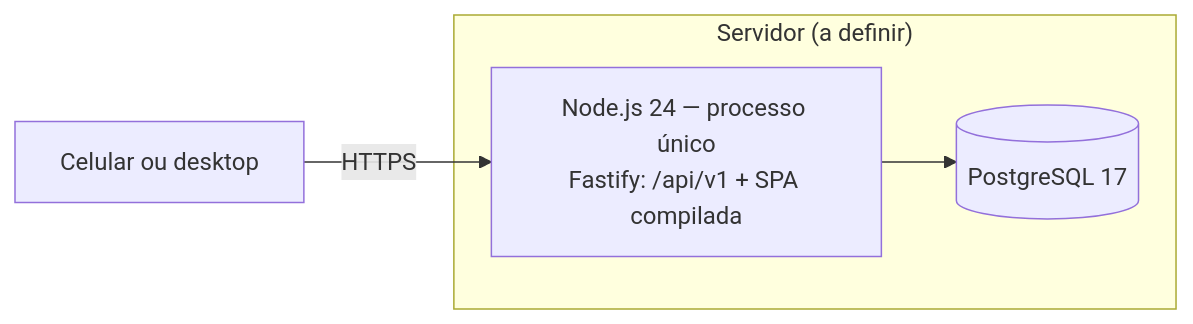
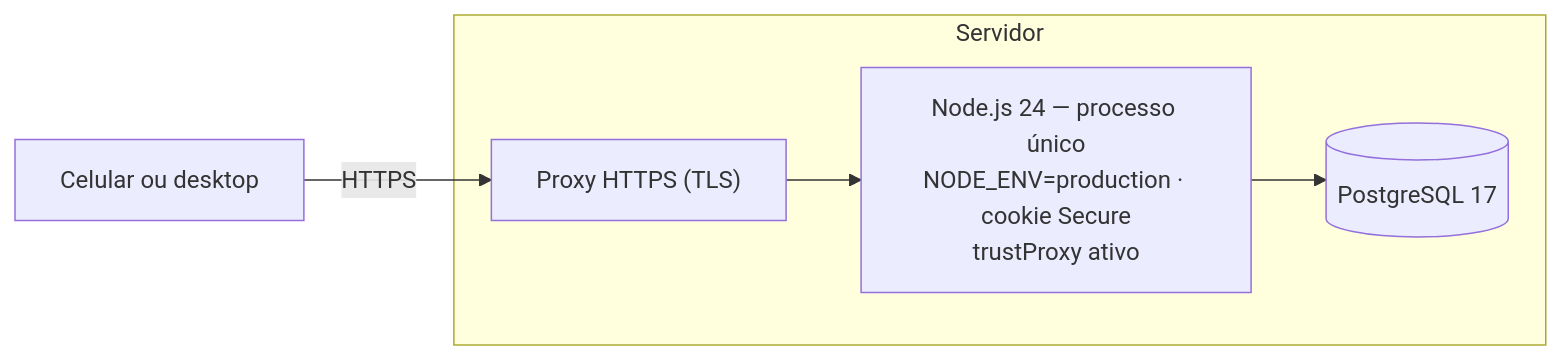
The second of 2 diagrams in docs/diagramas/implantacao.md (joaovitormlara01/EG2-MVP), drawn with Mermaid before and after one commit. The commit also changed other lines of this file and 109 other files, not shown here.

````diff
--- a/docs/diagramas/implantacao.md
+++ b/docs/diagramas/implantacao.md
@@ -22,10 +23,10 @@
 ```mermaid
 flowchart LR
   D["Celular ou desktop"]
-  subgraph S["Servidor (a definir)"]
-    A["Node.js 24 — processo único<br/>Fastify: /api/v1 + SPA compilada"]
+  subgraph S["Servidor"]
+    R["Proxy HTTPS (TLS)"]
+    A["Node.js 24 — processo único<br/>NODE_ENV=production · cookie Secure<br/>trustProxy ativo"]
     P[("PostgreSQL 17")]
   end
-  D -- "HTTPS" --> A
-  A --> P
+  D -- "HTTPS" --> R --> A --> P
 ```
````
